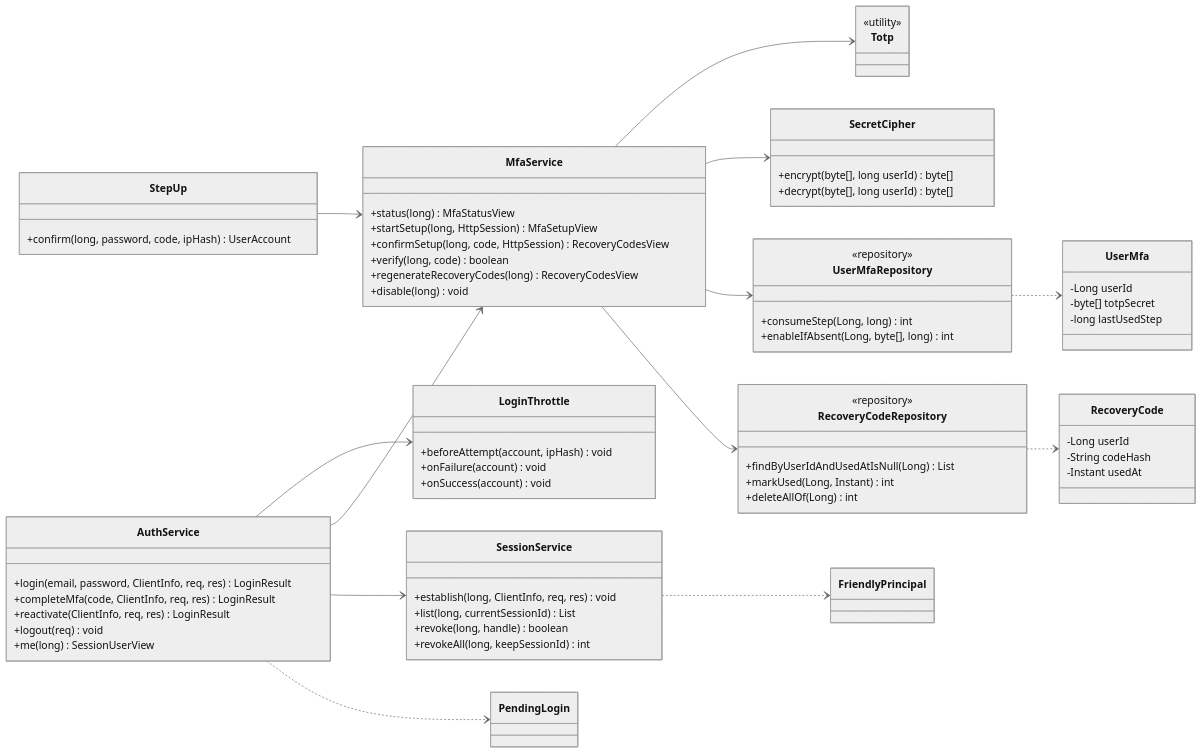
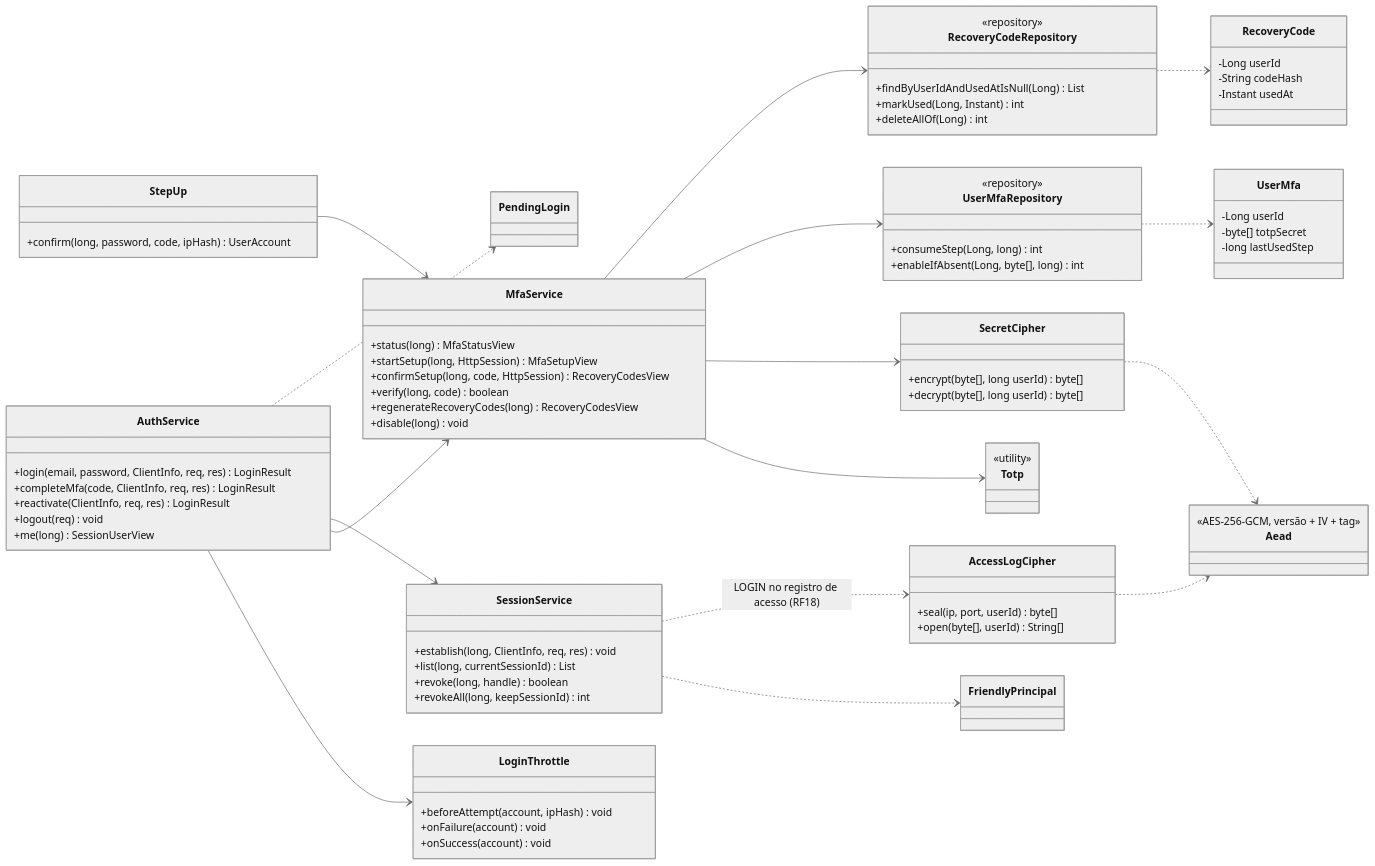
Before and after one commit to MatheusHaliski/Friendly-Eats: the diagram in docs/RF4/classes.md, drawn with Mermaid (neutral theme). The commit also changed 45 other files, not shown here.

````diff
--- a/docs/RF4/classes.md
+++ b/docs/RF4/classes.md
@@ -34,6 +34,13 @@
     }
     class Totp {
         <<utility>>
+    }
+    class Aead {
+        <<AES-256-GCM, versão + IV + tag>>
+    }
+    class AccessLogCipher {
+        +seal(ip, port, userId) byte[]
+        +open(byte[], userId) String[]
     }
     class SecretCipher {
         +encrypt(byte[], long userId) byte[]
@@ -74,4 +81,7 @@
     UserMfaRepository ..> UserMfa
     RecoveryCodeRepository ..> RecoveryCode
     StepUp --> MfaService
+    SecretCipher ..> Aead
+    AccessLogCipher ..> Aead
+    SessionService ..> AccessLogCipher : LOGIN no registro de acesso (RF18)
 ```
````
